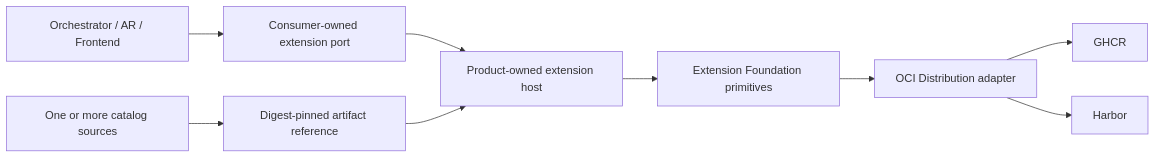
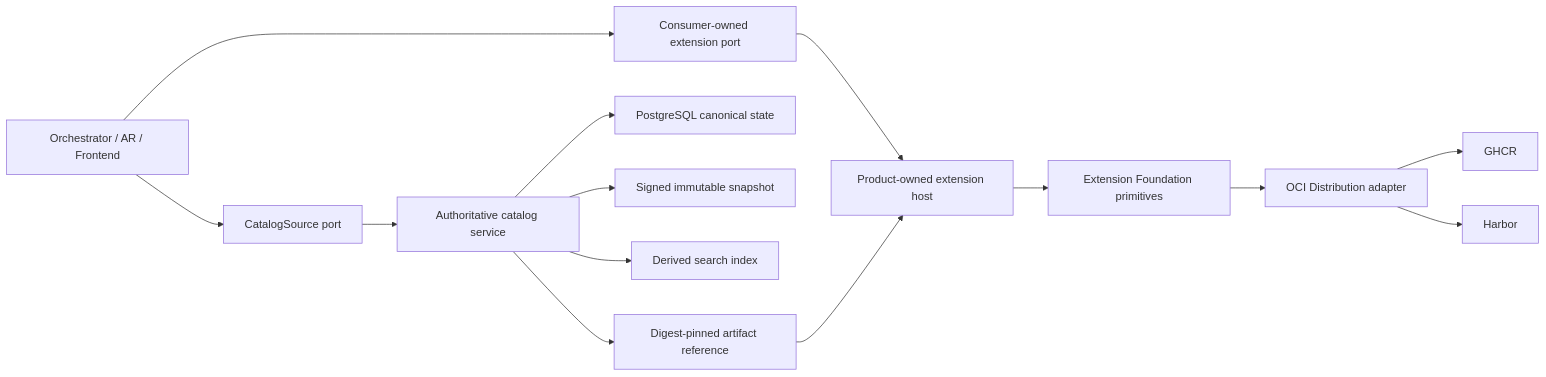
Before and after one commit to agent-teams-ai/extension-foundation: the diagram in docs/architecture/overview.md, drawn with Mermaid. The commit also changed other lines of this file and 13 other files, not shown here.

Commit message:
docs: define canonical extension catalog topology (#6)

````diff
--- a/docs/architecture/overview.md
+++ b/docs/architecture/overview.md
@@ -15,11 +15,16 @@
 ```mermaid
 flowchart LR
     Product["Orchestrator / AR / Frontend"] --> Port["Consumer-owned extension port"]
     Port --> Host["Product-owned extension host"]
     Host --> Foundation["Extension Foundation primitives"]
     Foundation --> OCI["OCI Distribution adapter"]
     OCI --> GHCR["GHCR"]
     OCI --> Harbor["Harbor"]
-    Catalog["One or more catalog sources"] --> Ref["Digest-pinned artifact reference"]
+    Product --> Source["CatalogSource port"]
+    Source --> Catalog["Authoritative catalog service"]
+    Catalog --> Postgres["PostgreSQL canonical state"]
+    Catalog --> Snapshot["Signed immutable snapshot"]
+    Catalog --> Search["Derived search index"]
+    Catalog --> Ref["Digest-pinned artifact reference"]
     Ref --> Host
 ```
````
